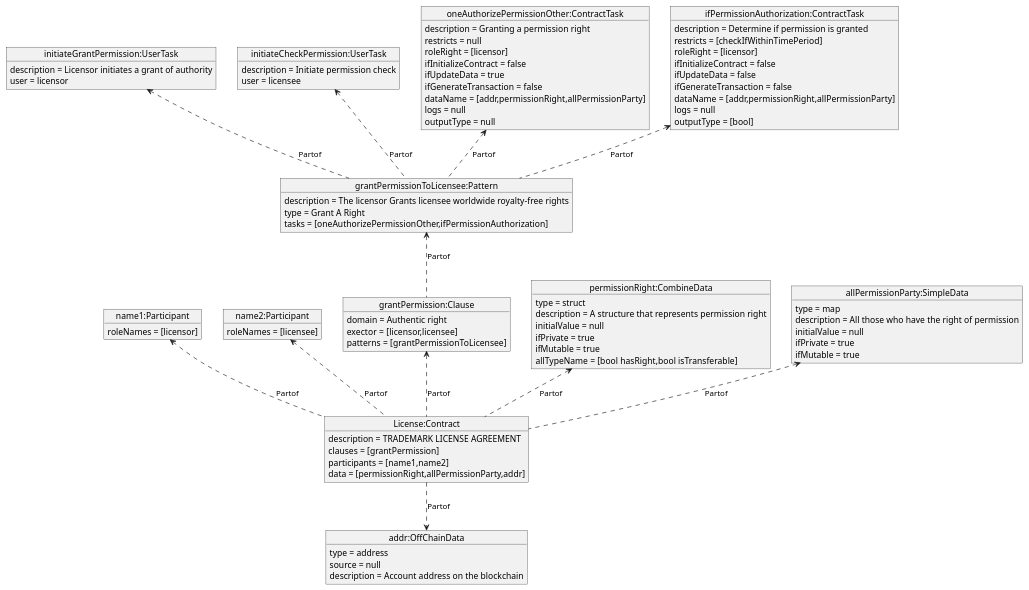
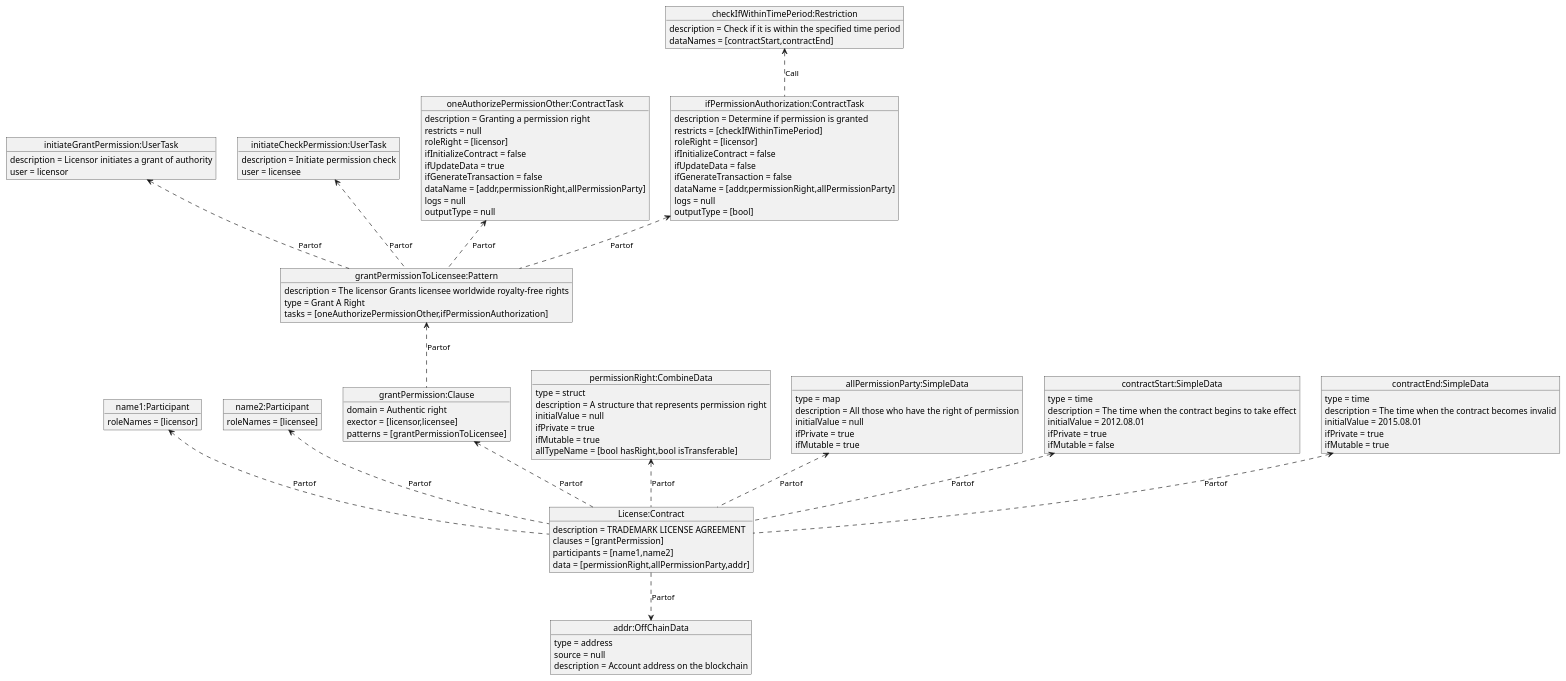
One commit to HIT-LWY/sc_MDA_code changed the diagram in plantUML_dia/a.puml. Above: the diagram before and after it, drawn with PlantUML. The commit also changed 6 other files, not shown here.

```diff
--- a/plantUML_dia/a.puml
+++ b/plantUML_dia/a.puml
@@ -1,78 +1,92 @@
 @startuml
 'https://plantuml.com/object-diagram
 object "License:Contract" as o1
 o1 : description = TRADEMARK LICENSE AGREEMENT
 o1 : clauses = [grantPermission]
 o1 : participants = [name1,name2]
 o1 : data = [permissionRight,allPermissionParty,addr]
 object "name1:Participant" as o2
 o2 : roleNames = [licensor]
 o2<..o1 : Partof
 object "name2:Participant" as o3
 o3 : roleNames = [licensee]
 o3<..o1 : Partof
 object "grantPermission:Clause" as o4
 o4 : domain = Authentic right
 o4 : exector = [licensor,licensee]
 o4 : patterns = [grantPermissionToLicensee]
 o4<..o1 : Partof
 object "grantPermissionToLicensee:Pattern" as o5
 o5 : description = The licensor Grants licensee worldwide royalty-free rights
 o5 : type = Grant A Right
 o5 : tasks = [oneAuthorizePermissionOther,ifPermissionAuthorization]
 o5<..o4 : Partof
 object "initiateGrantPermission:UserTask" as o9
 o9 : description = Licensor initiates a grant of authority
 o9 : user = licensor
 o9<..o5 : Partof
 object "initiateCheckPermission:UserTask" as o10
 o10 : description = Initiate permission check
 o10 : user = licensee
 o10<..o5 : Partof
 object "oneAuthorizePermissionOther:ContractTask" as o6
 o6 : description = Granting a permission right
 o6 : restricts = null
 o6 : roleRight = [licensor]
 o6 : ifInitializeContract = false
 o6 : ifUpdateData = true
 o6 : ifGenerateTransaction = false
 o6 : dataName = [addr,permissionRight,allPermissionParty]
 o6 : logs = null
 o6 : outputType = null
 o6<..o5 : Partof
 object "ifPermissionAuthorization:ContractTask" as o7
 o7 : description = Determine if permission is granted
 o7 : restricts = [checkIfWithinTimePeriod]
 o7 : roleRight = [licensor]
 o7 : ifInitializeContract = false
 o7 : ifUpdateData = false
 o7 : ifGenerateTransaction = false
 o7 : dataName = [addr,permissionRight,allPermissionParty]
 o7 : logs = null
 o7 : outputType = [bool]
 o7<..o5 : Partof
-'object "checkIfWithinTimePeriod:Restriction" as o8
-'o8 : description = Check if it is within the specified time period
-'o8 : dataNames = [permissionRightStart,permissionRightEnd]
-'o8<..o7 : Call
+object "checkIfWithinTimePeriod:Restriction" as o8
+o8 : description = Check if it is within the specified time period
+o8 : dataNames = [contractStart,contractEnd]
+o8<..o7 : Call
 object "addr:OffChainData" as o63
 o63 : type = address
 o63 : source = null
 o63 : description = Account address on the blockchain
 o1..>o63 : Partof
 object "permissionRight:CombineData" as o65
 o65 : type = struct
 o65 : description = A structure that represents permission right
 o65 : initialValue = null
 o65 : ifPrivate = true
 o65 : ifMutable = true
 o65 : allTypeName = [bool hasRight,bool isTransferable]
 o65<..o1 : Partof
 object "allPermissionParty:SimpleData" as o66
 o66 : type = map
 o66 : description = All those who have the right of permission
 o66 : initialValue = null
 o66 : ifPrivate = true
 o66 : ifMutable = true
 o66<..o1 : Partof
+object "contractStart:SimpleData" as o67
+o67 : type = time
+o67 : description = The time when the contract begins to take effect
+o67 : initialValue = 2012.08.01
+o67 : ifPrivate = true
+o67 : ifMutable = false
+o67<..o1 : Partof
+object "contractEnd:SimpleData" as o68
+o68 : type = time
+o68 : description = The time when the contract becomes invalid
+o68 : initialValue = 2015.08.01
+o68 : ifPrivate = true
+o68 : ifMutable = true
+o68<..o1 : Partof
 @enduml
```
